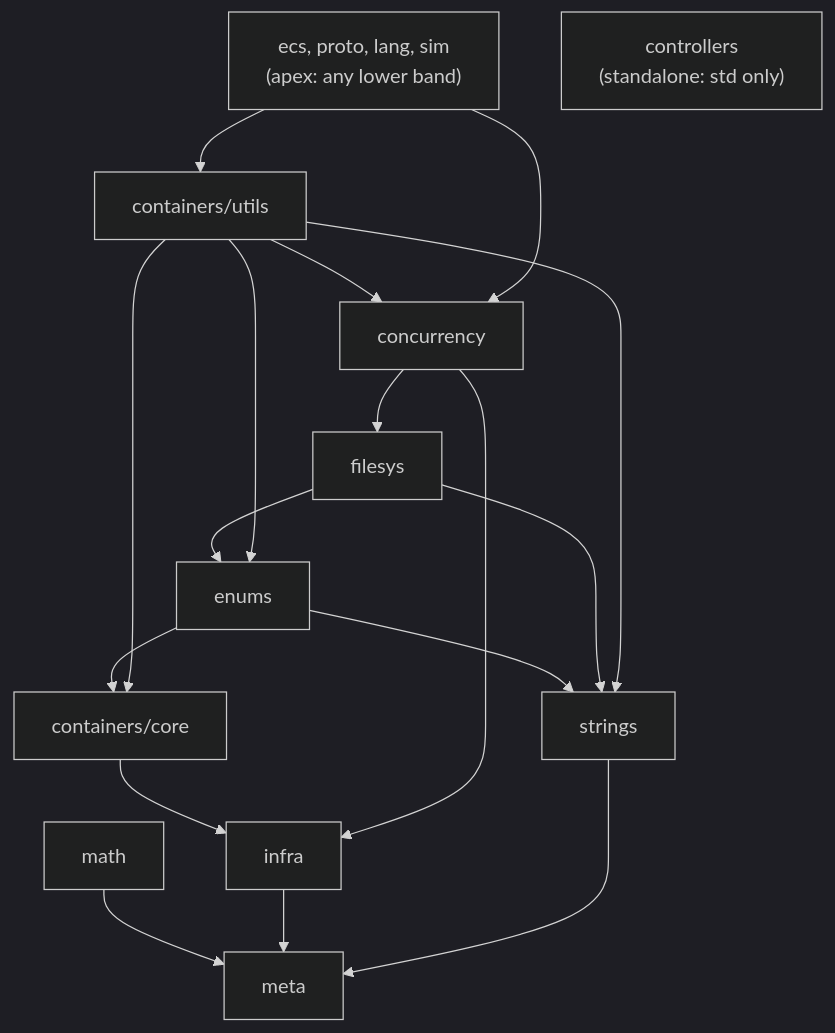
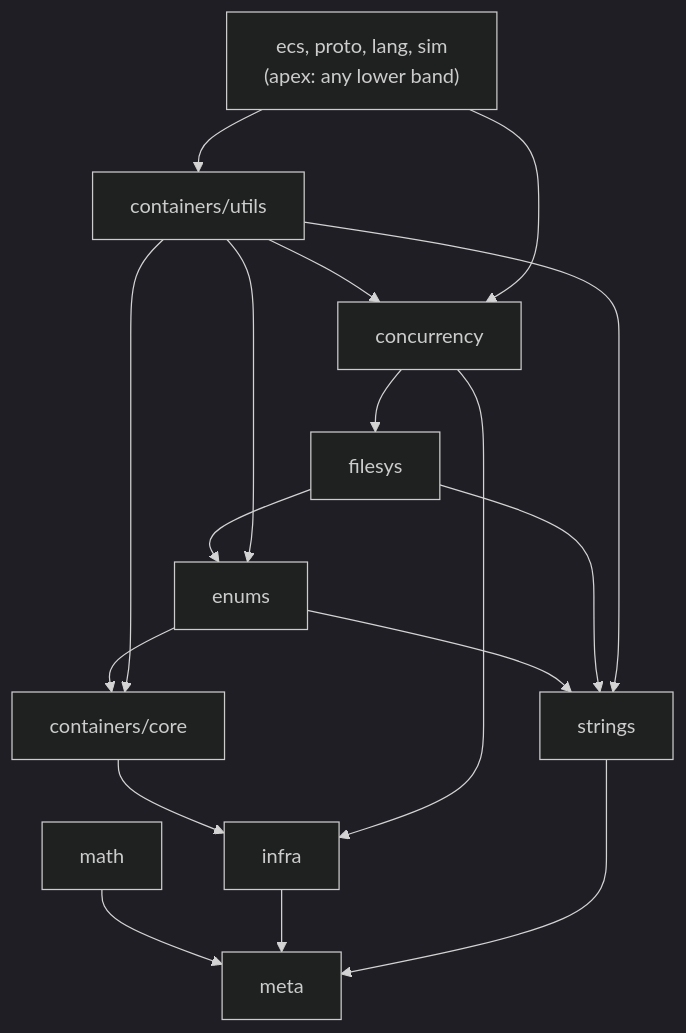
Before and after one commit to stevensudit/Corvid: the diagram in corvid/deps.md, drawn with Mermaid (dark theme). The commit also changed other lines of this file and 14 other files, not shown here.

````diff
--- a/corvid/deps.md
+++ b/corvid/deps.md
@@ -128,31 +125,30 @@
 ```mermaid
 graph TD
     meta[meta]
     math[math]
     infra[infra]
     strings[strings]
     containers_core["containers/core"]
     enums[enums]
     filesys[filesys]
     concurrency[concurrency]
     containers_utils["containers/utils"]
     apex["ecs, proto, lang, sim<br/>(apex: any lower band)"]
-    controllers["controllers<br/>(standalone: std only)"]
 
     math --> meta
     infra --> meta
     strings --> meta
     containers_core --> infra
     enums --> strings
     enums --> containers_core
     filesys --> strings
     filesys --> enums
     concurrency --> infra
     concurrency --> filesys
     containers_utils --> containers_core
     containers_utils --> strings
     containers_utils --> enums
     containers_utils --> concurrency
     apex --> containers_utils
     apex --> concurrency
 ```
````
